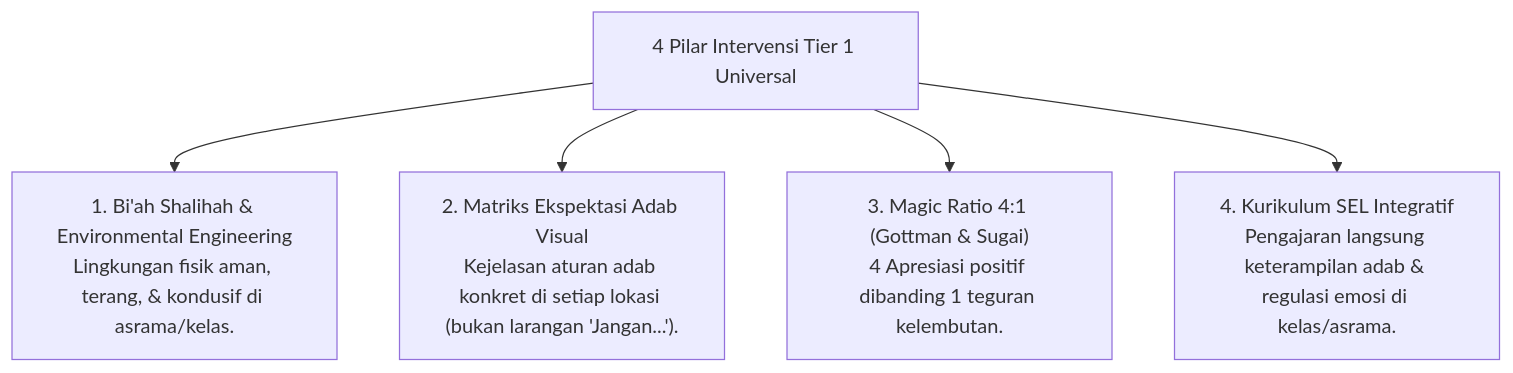
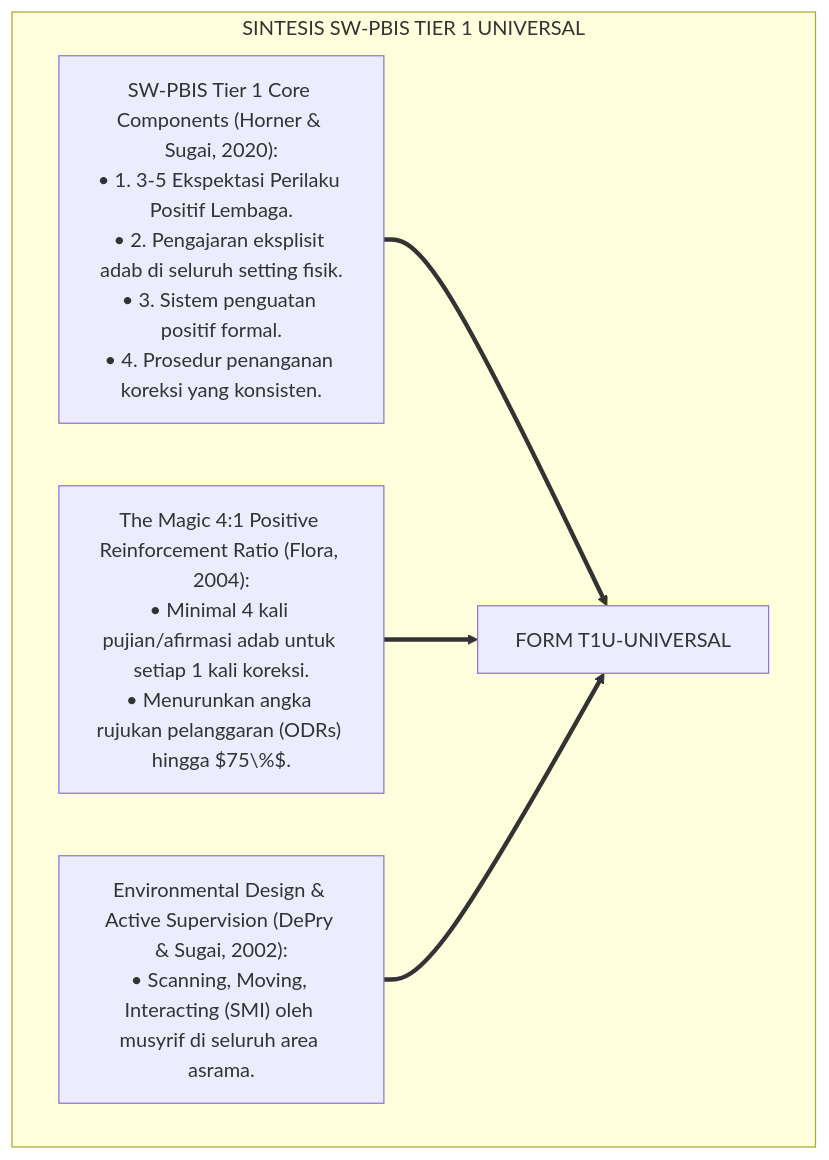
Before and after one commit to wandiapriliyandi/tumbuh: the third of 5 diagrams in 06 Intervention Framework/02 Tiered Intervention/P6-02-01-Tier-1-Universal-Preventive-Support-80-Persen.md, drawn with Mermaid. The commit also changed other lines of this file and 6 other files, not shown here.

````diff
--- a/06 Intervention Framework/02 Tiered Intervention/P6-02-01-Tier-1-Universal-Preventive-Support-80-Persen.md
+++ b/06 Intervention Framework/02 Tiered Intervention/P6-02-01-Tier-1-Universal-Preventive-Support-80-Persen.md
@@ -14,8 +96,12 @@
 ```mermaid
-graph TD
-    Tier1Elements["4 Pilar Intervensi Tier 1 Universal"]
-    Tier1Elements --> BiAhShalihah["1. Bi'ah Shalihah & Environmental Engineering<br/>Lingkungan fisik aman, terang, & kondusif di asrama/kelas."]
-    Tier1Elements --> ClearExpectations["2. Matriks Ekspektasi Adab Visual<br/>Kejelasan aturan adab konkret di setiap lokasi (bukan larangan 'Jangan...')."]
-    Tier1Elements --> MagicRatio["3. Magic Ratio 4:1 (Gottman & Sugai)<br/>4 Apresiasi positif dibanding 1 teguran kelembutan."]
-    Tier1Elements --> SELCurriculum["4. Kurikulum SEL Integratif<br/>Pengajaran langsung keterampilan adab & regulasi emosi di kelas/asrama."]
+flowchart TD
+    subgraph SainsPBISTier1Universal["SINTESIS SW-PBIS TIER 1 UNIVERSAL"]
+        SWPBISTier1Components["SW-PBIS Tier 1 Core Components (Horner & Sugai, 2020):<br/>• 1. 3-5 Ekspektasi Perilaku Positif Lembaga.<br/>• 2. Pengajaran eksplisit adab di seluruh setting fisik.<br/>• 3. Sistem penguatan positif formal.<br/>• 4. Prosedur penanganan koreksi yang konsisten."]
+        
+        TheMagic4to1Ratio["The Magic 4:1 Positive Reinforcement Ratio (Flora, 2004):<br/>• Minimal 4 kali pujian/afirmasi adab untuk setiap 1 kali koreksi.<br/>• Menurunkan angka rujukan pelanggaran (ODRs) hingga $75\%$."]
+        
+        EnvironmentalEngineering["Environmental Design & Active Supervision (DePry & Sugai, 2002):<br/>• Scanning, Moving, Interacting (SMI) oleh musyrif di seluruh area asrama."]
+        
+        SWPBISTier1Components & TheMagic4to1Ratio & EnvironmentalEngineering ==> StandarTier1TUMBUH["FORM T1U-UNIVERSAL"]
+    end
 ```
````
